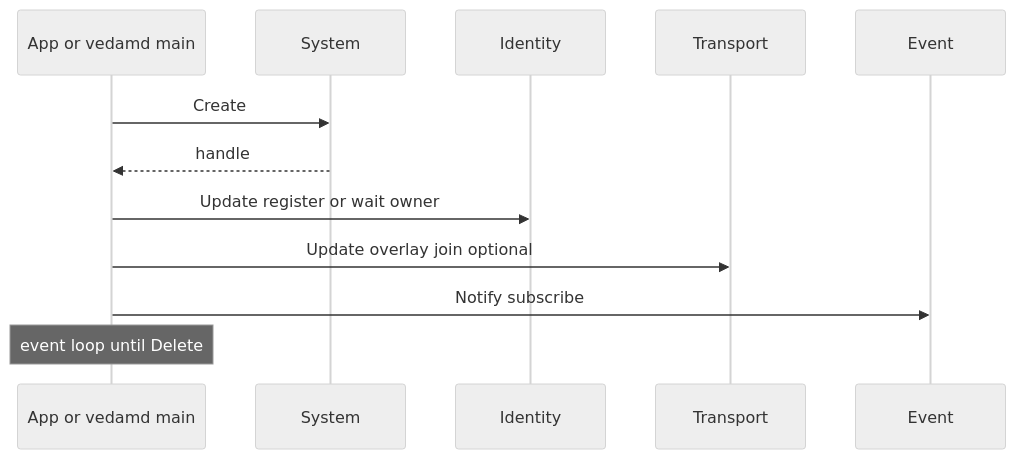
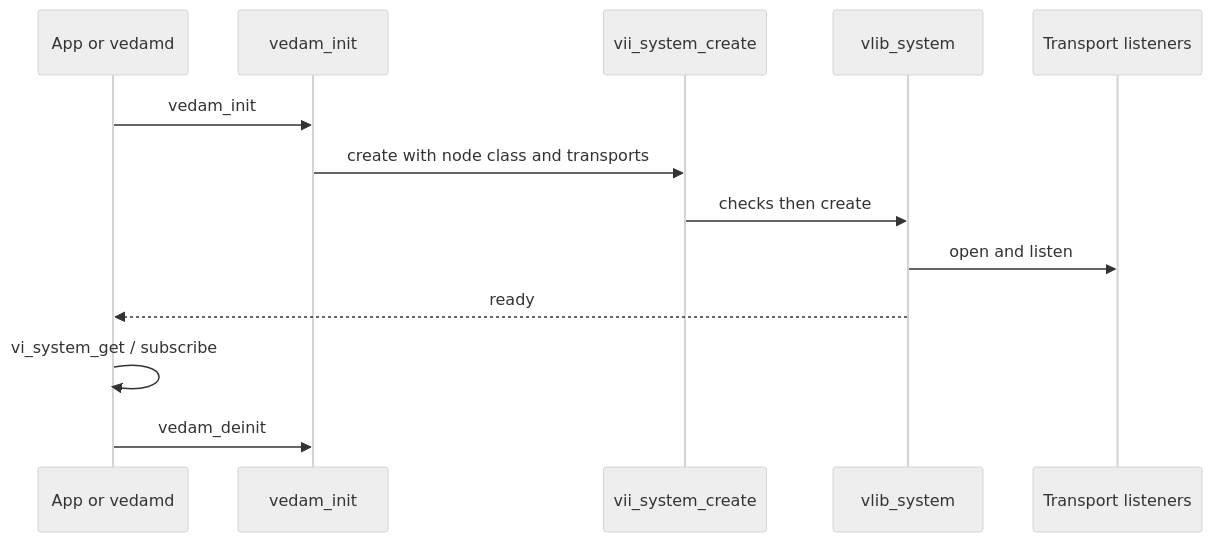
Before and after one commit to ltbhappyness/docs: the diagram in chapters/interfaces/system.md, drawn with Mermaid (neutral theme). The commit also changed other lines of this file and 9 other files, not shown here.

Commit message:
Expand Part II/III for System slice and call layers     - Detail VI to VLIB layering in introduction and HLA     - Rewrite codegen chapter for YAML Jinja and get verbs     - Specify System types attributes verbs and layer walk     - Align transport engineering and open questions with code

````diff
--- a/chapters/interfaces/system.md
+++ b/chapters/interfaces/system.md
@@ -70,15 +145,16 @@
 ```mermaid
 sequenceDiagram
-  participant M as App or vedamd main
-  participant S as System
-  participant I as Identity
-  participant T as Transport
-  participant E as Event
+  participant Host as App or vedamd
+  participant Init as vedam_init
+  participant VII as vii_system_create
+  participant Lib as vlib_system
+  participant Rx as Transport listeners
 
-  M->>S: Create
-  S-->>M: handle
-  M->>I: Update register or wait owner
-  M->>T: Update overlay join optional
-  M->>E: Notify subscribe
-  Note over M: event loop until Delete
+  Host->>Init: vedam_init
+  Init->>VII: create with node class and transports
+  VII->>Lib: checks then create
+  Lib->>Rx: open and listen
+  Lib-->>Host: ready
+  Host->>Host: vi_system_get / subscribe
+  Host->>Init: vedam_deinit
 ```
````
